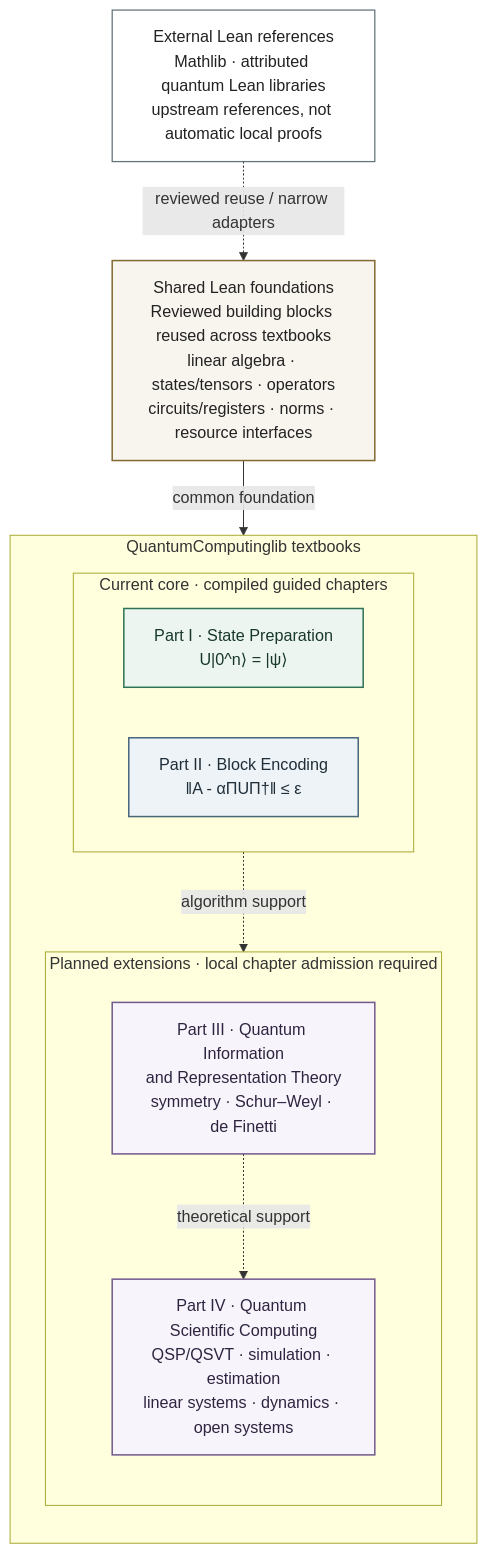
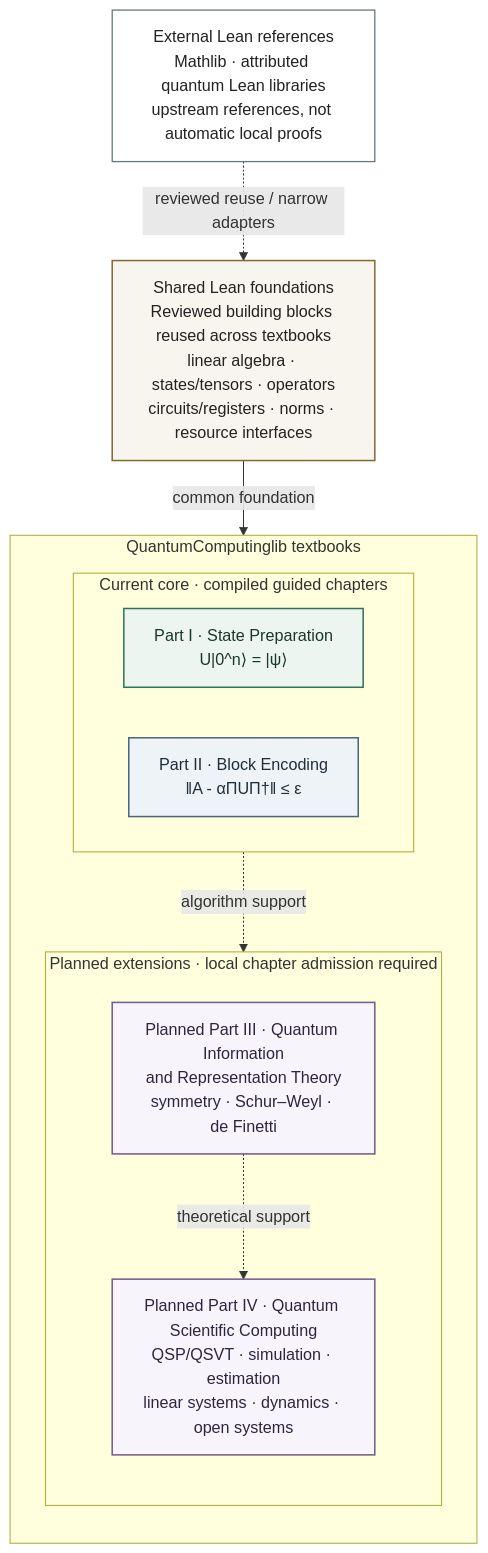
Before and after one commit to DakeBU/Quantum-Computing-Block-Encoding: the diagram in website/diagrams/quantum-domain-roadmap.mmd, drawn with Mermaid. The commit also changed 2 other files, not shown here.

Commit message:
Preserve explicit planned-part status in the simplified overview

```diff
--- a/website/diagrams/quantum-domain-roadmap.mmd
+++ b/website/diagrams/quantum-domain-roadmap.mmd
@@ -1,36 +1,36 @@
 flowchart TB
   accTitle: QuantumComputinglib textbooks and shared Lean foundations
   accDescr: External Lean references enter shared foundations only through reviewed reuse or narrow adapters. The textbooks reuse these foundations. State Preparation and Block Encoding are the current core; Quantum Information and Scientific Computing are planned extensions. Conditional algorithm and theory support lead into Scientific Computing. These are curriculum relationships, not Lean theorem implications.
 
   EXT["External Lean references<br/>Mathlib · attributed quantum Lean libraries<br/>upstream references, not automatic local proofs"]
   CORE["Shared Lean foundations<br/>Reviewed building blocks reused across textbooks<br/>linear algebra · states/tensors · operators<br/>circuits/registers · norms · resource interfaces"]
 
   subgraph TEXTBOOK["QuantumComputinglib textbooks"]
     direction TB
     subgraph CURRENT["Current core · compiled guided chapters"]
       direction LR
       SP["Part I · State Preparation<br/>U|0^n⟩ = |ψ⟩"]
       BE["Part II · Block Encoding<br/>‖A - αΠUΠ†‖ ≤ ε"]
     end
     subgraph PLANNED["Planned extensions · local chapter admission required"]
       direction TB
-      QIT["Part III · Quantum Information<br/>and Representation Theory<br/>symmetry · Schur–Weyl · de Finetti"]
-      SCI["Part IV · Quantum Scientific Computing<br/>QSP/QSVT · simulation · estimation<br/>linear systems · dynamics · open systems"]
+      QIT["Planned Part III · Quantum Information<br/>and Representation Theory<br/>symmetry · Schur–Weyl · de Finetti"]
+      SCI["Planned Part IV · Quantum Scientific Computing<br/>QSP/QSVT · simulation · estimation<br/>linear systems · dynamics · open systems"]
     end
   end
 
   EXT -. "reviewed reuse / narrow adapters" .-> CORE
   CORE -->|common foundation| TEXTBOOK
   BE -. "algorithm support" .-> SCI
   QIT -. "theoretical support" .-> SCI
 
   classDef core fill:#f8f5ee,stroke:#826a32,color:#222222,stroke-width:1.5px;
   classDef state fill:#edf5f1,stroke:#2f7355,color:#18382b,stroke-width:1.5px;
   classDef block fill:#eef3f7,stroke:#49677d,color:#1f2e39,stroke-width:1.5px;
   classDef future fill:#f7f4fb,stroke:#735a8f,color:#2f2440,stroke-width:1.5px;
   classDef external fill:#ffffff,stroke:#64747a,color:#222222,stroke-width:1.25px;
   class CORE core;
   class SP state;
   class BE block;
   class QIT,SCI future;
   class EXT external;
```
